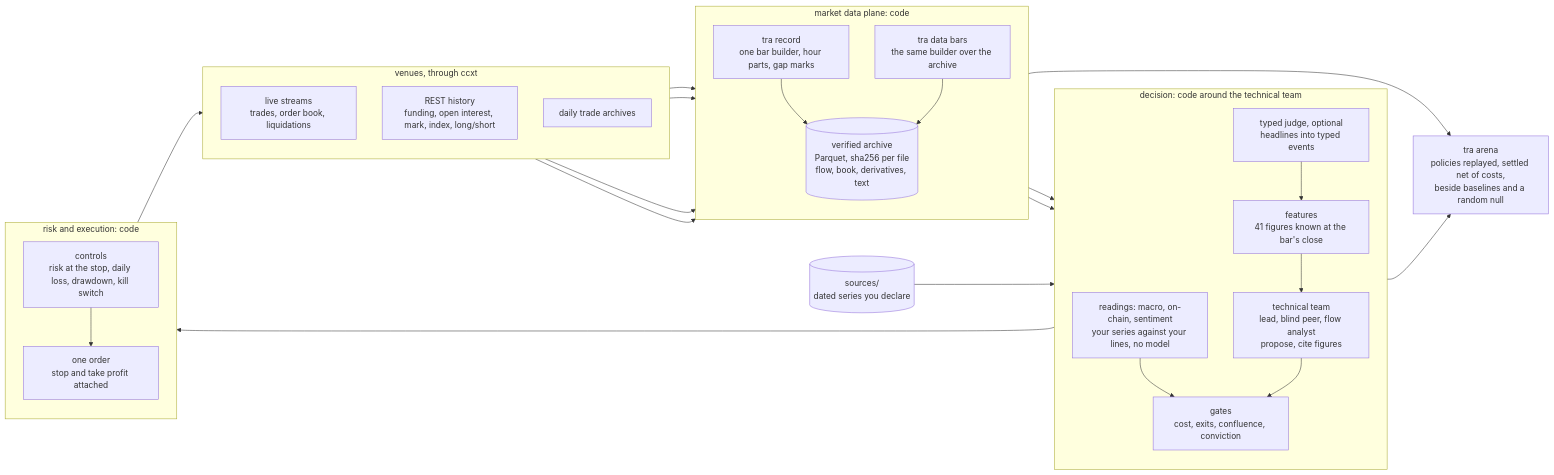
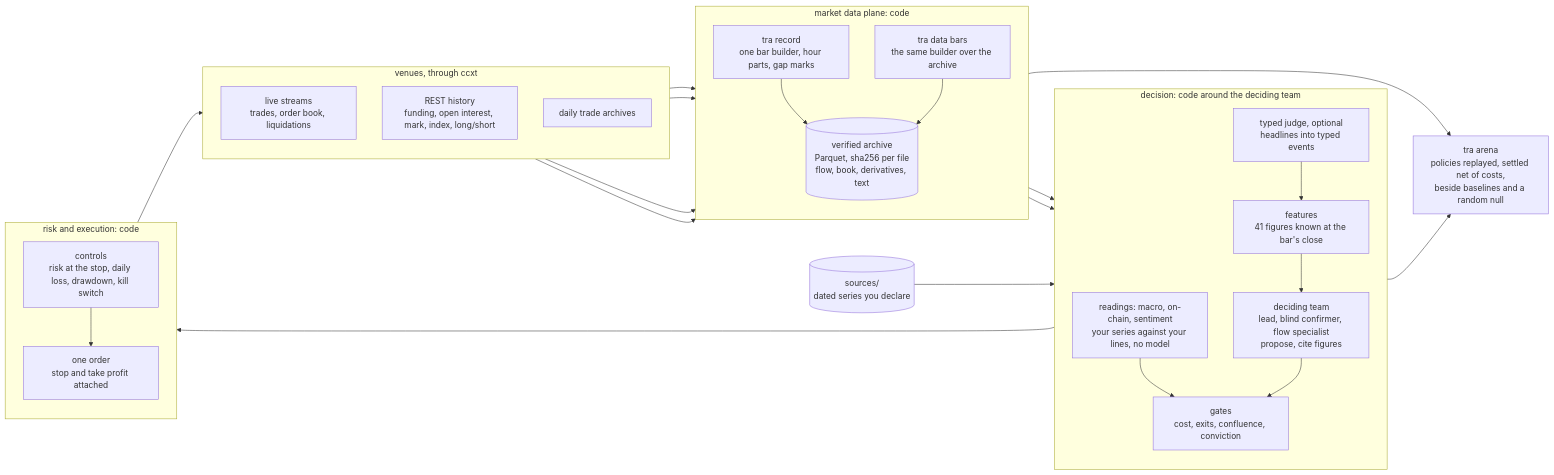
The first of 2 diagrams in README.md (BijectiveLabs/bitra), drawn with Mermaid before and after one commit. The commit also changed other lines of this file and 95 other files, not shown here.

Commit message:
Seats named for what they answer for: structure_lead, blind_confirmer, flow_specialist, outcome_assessor; old names still read

````diff
--- a/README.md
+++ b/README.md
@@ -106,40 +106,40 @@
 ```mermaid
 flowchart LR
     subgraph venues["venues, through ccxt"]
         direction TB
         streams["live streams<br/>trades, order book, liquidations"]
         rest["REST history<br/>funding, open interest, mark, index, long/short"]
         archives["daily trade archives"]
     end
     subgraph plane["market data plane: code"]
         direction TB
         record["tra record<br/>one bar builder, hour parts, gap marks"]
         bars["tra data bars<br/>the same builder over the archive"]
         store[("verified archive<br/>Parquet, sha256 per file<br/>flow, book, derivatives, text")]
     end
-    subgraph decide["decision: code around the technical team"]
+    subgraph decide["decision: code around the deciding team"]
         direction TB
         judge["typed judge, optional<br/>headlines into typed events"]
         features["features<br/>41 figures known at the bar's close"]
         readings["readings: macro, on-chain, sentiment<br/>your series against your lines, no model"]
-        analyst["technical team<br/>lead, blind peer, flow analyst<br/>propose, cite figures"]
+        analyst["deciding team<br/>lead, blind confirmer, flow specialist<br/>propose, cite figures"]
         gates["gates<br/>cost, exits, confluence, conviction"]
     end
     shelf[("sources/<br/>dated series you declare")]
     subgraph act["risk and execution: code"]
         direction TB
         risk["controls<br/>risk at the stop, daily loss, drawdown, kill switch"]
         order["one order<br/>stop and take profit attached"]
     end
     arena["tra arena<br/>policies replayed, settled net of costs,<br/>beside baselines and a random null"]
     streams --> record --> store
     archives --> bars --> store
     rest --> record
     rest --> bars
     store --> features
     store --> judge --> features
     shelf --> readings --> gates
     features --> analyst --> gates --> risk --> order --> venues
     store --> arena
     features --> arena
 ```
````
